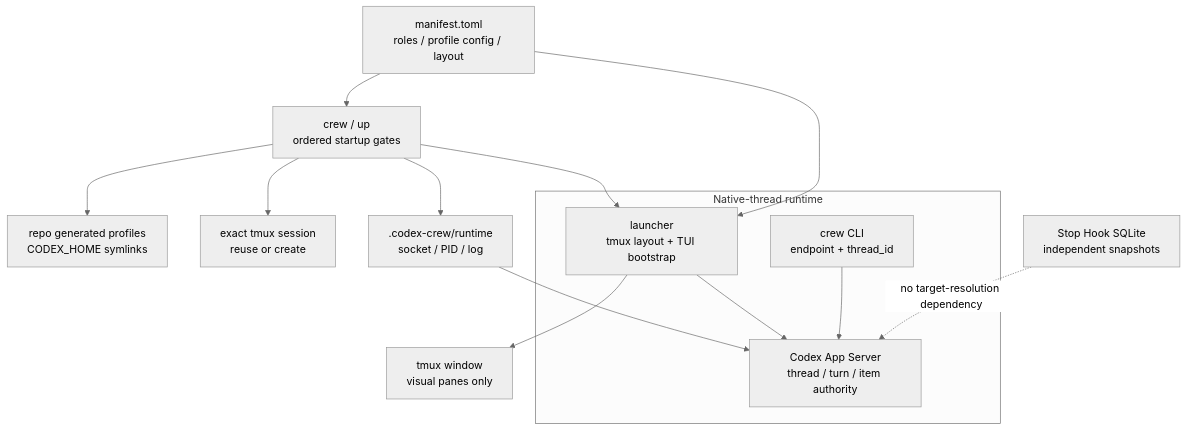
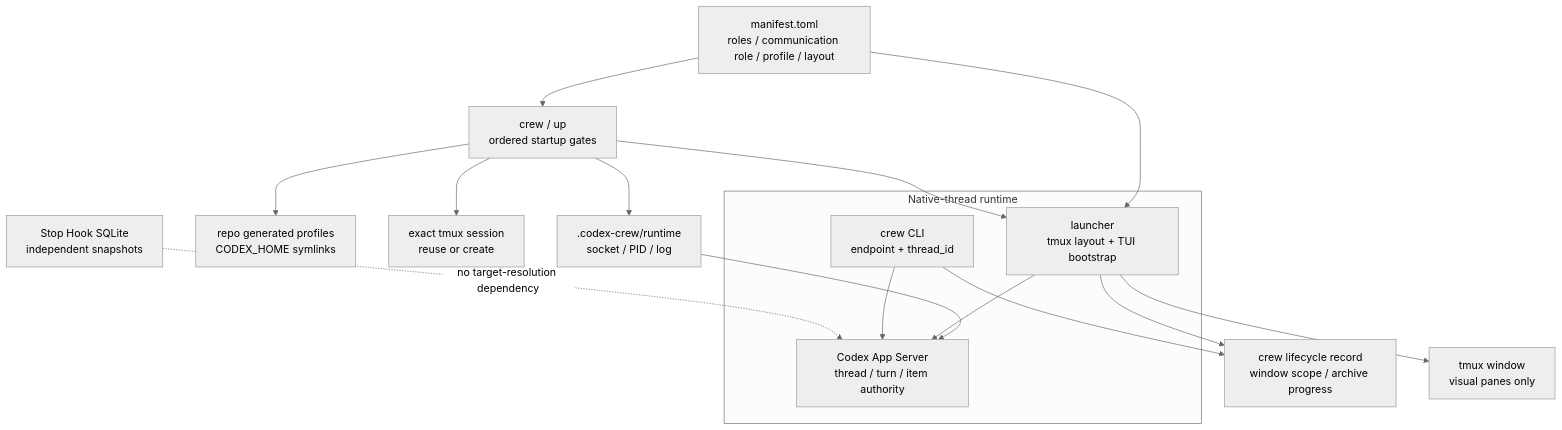
Before and after one commit to GlacierAlgo/codex-crew: the diagram in DESIGN.md, drawn with Mermaid (neutral theme). The commit also changed other lines of this file and 25 other files, not shown here.

Commit message:
feat: add communication-led crew lifecycle

````diff
--- a/DESIGN.md
+++ b/DESIGN.md
@@ -13,29 +14,32 @@
 ```mermaid
 flowchart TD
-    MANIFEST["manifest.toml<br/>roles / profile config / layout"]
+    MANIFEST["manifest.toml<br/>roles / communication role / profile / layout"]
     UP["crew / up<br/>ordered startup gates"]
     PROFILES["repo generated profiles<br/>CODEX_HOME symlinks"]
     SESSION["exact tmux session<br/>reuse or create"]
     REPO_RUNTIME[".codex-crew/runtime<br/>socket / PID / log"]
     LAUNCHER["launcher<br/>tmux layout + TUI bootstrap"]
     APP["Codex App Server<br/>thread / turn / item authority"]
     CLI["crew CLI<br/>endpoint + thread_id"]
+    LIFECYCLE["crew lifecycle record<br/>window scope / archive progress"]
     TMUX["tmux window<br/>visual panes only"]
     STOP["Stop Hook SQLite<br/>independent snapshots"]
     subgraph NATIVE_RUNTIME["Native-thread runtime"]
         LAUNCHER
         APP
         CLI
     end
     MANIFEST --> UP
     MANIFEST --> LAUNCHER
     UP --> PROFILES
     UP --> SESSION
     UP --> REPO_RUNTIME
     UP --> LAUNCHER
     REPO_RUNTIME --> APP
     LAUNCHER --> TMUX
     LAUNCHER --> APP
+    LAUNCHER --> LIFECYCLE
     CLI --> APP
+    CLI --> LIFECYCLE
     STOP -. "no target-resolution dependency" .-> APP
 ```
````
